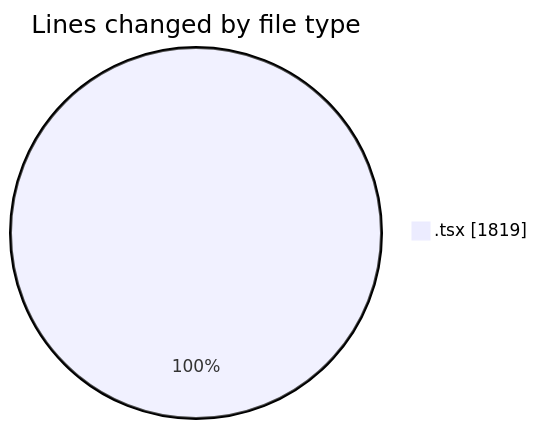
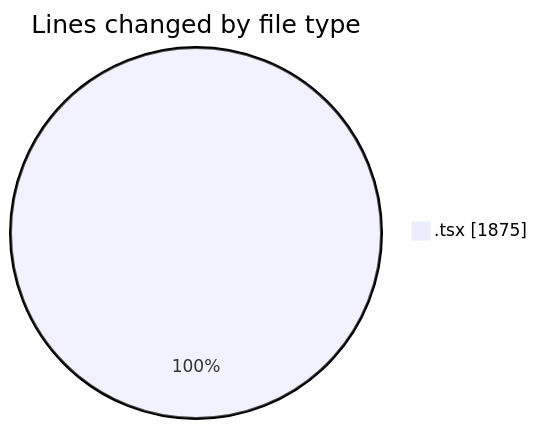
Before and after one commit to lephambinh05/code-tracking: the first of 2 diagrams in 2025-08-18/nextui-dashboard-template/README.md, drawn with Mermaid. The commit also changed other lines of this file and 1 other file, not shown here.

````diff
--- a/2025-08-18/nextui-dashboard-template/README.md
+++ b/2025-08-18/nextui-dashboard-template/README.md
@@ -45,5 +46,5 @@
 ```mermaid
 pie showData
 title Lines changed by file type
-".tsx" : 1819
+".tsx" : 1875
 ```
````
